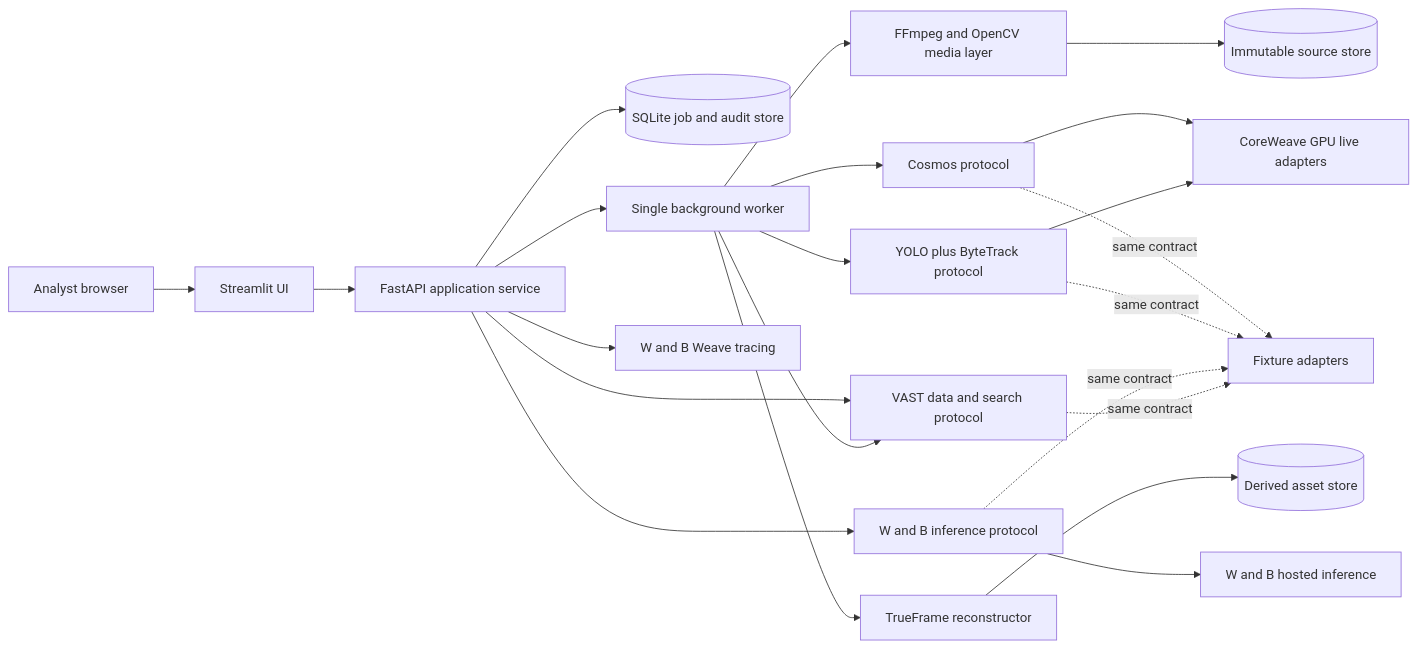
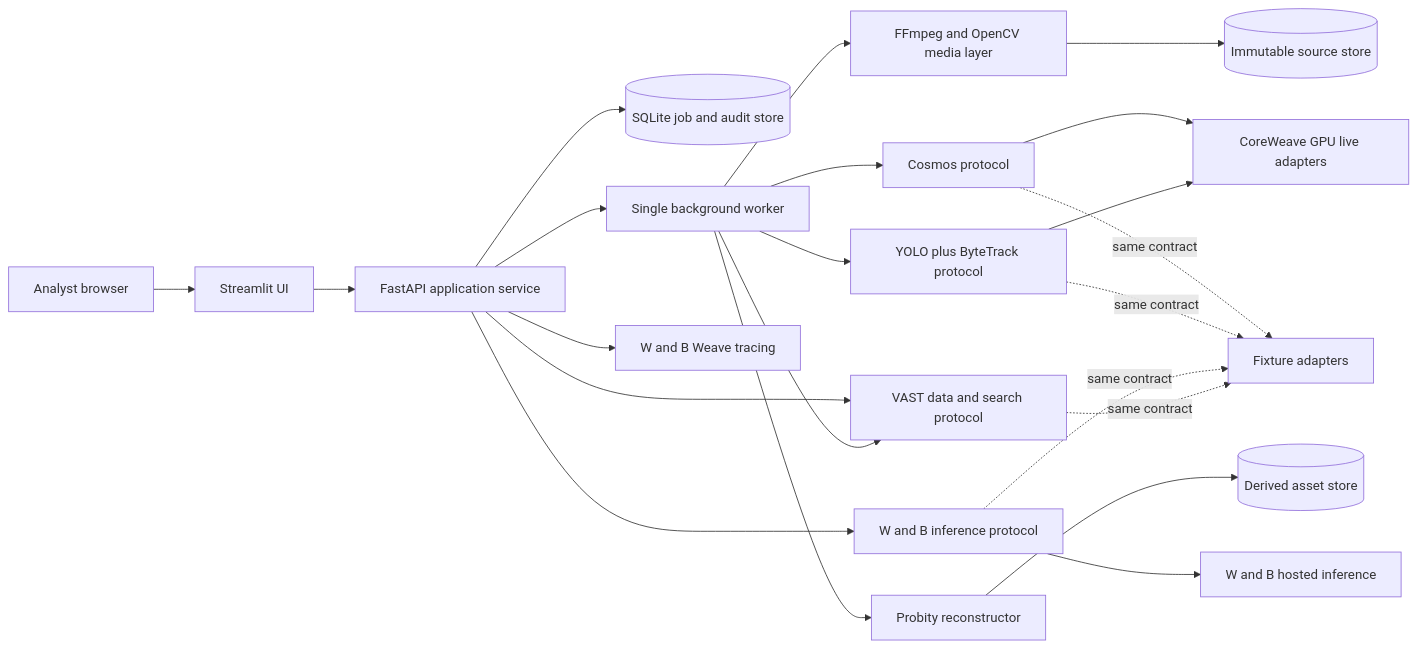
The first of 2 diagrams in PROBITY_TECHNICAL_DESIGN.md (4rkooo/Probity), drawn with Mermaid before and after one commit. The commit also changed other lines of this file and 23 other files, not shown here.

First line of the commit message:
refactor: rename TrueFrame to Probity and fix Provity spelling

````diff
--- a/PROBITY_TECHNICAL_DESIGN.md
+++ b/PROBITY_TECHNICAL_DESIGN.md
@@ -84,24 +84,24 @@
 ```mermaid
 flowchart LR
     A[Analyst browser] --> UI[Streamlit UI]
     UI --> API[FastAPI application service]
     API --> J[(SQLite job and audit store)]
     API --> W[Single background worker]
     W --> F[FFmpeg and OpenCV media layer]
     W --> C[Cosmos protocol]
     W --> Y[YOLO plus ByteTrack protocol]
     API --> Q[W and B inference protocol]
     API --> V[VAST data and search protocol]
     W --> V
-    W --> R[TrueFrame reconstructor]
+    W --> R[Probity reconstructor]
     R --> D[(Derived asset store)]
     F --> S[(Immutable source store)]
     C --> LIVE[CoreWeave GPU live adapters]
     Y --> LIVE
     Q --> WB[W and B hosted inference]
     API --> WV[W and B Weave tracing]
     C -. same contract .-> FX[Fixture adapters]
     Y -. same contract .-> FX
     Q -. same contract .-> FX
     V -. same contract .-> FX
 ```
````
